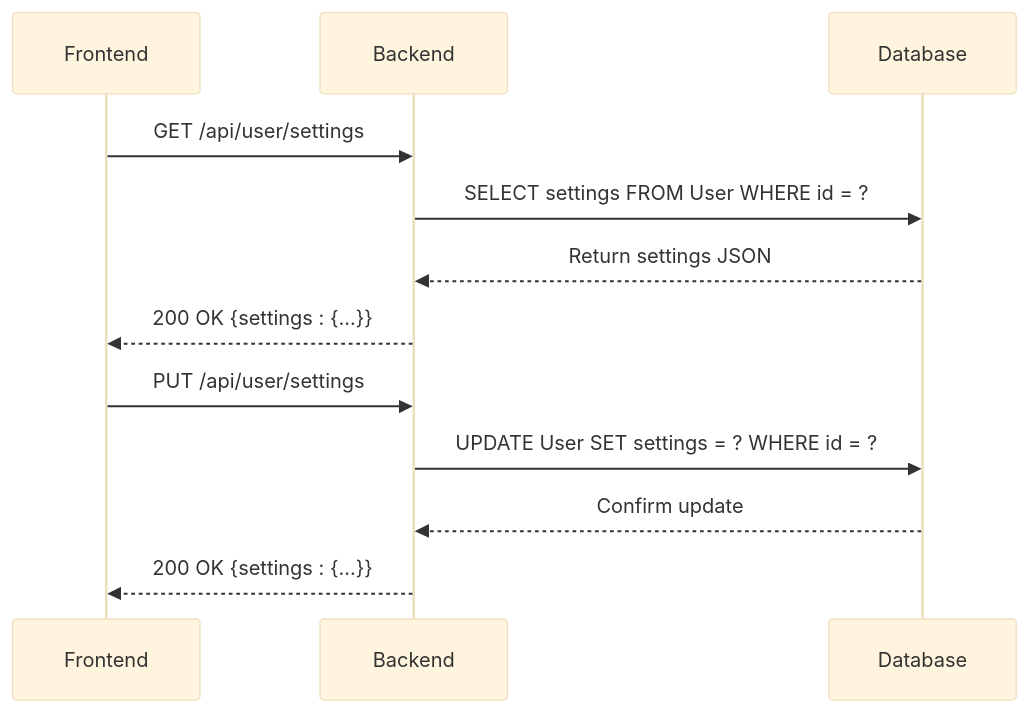
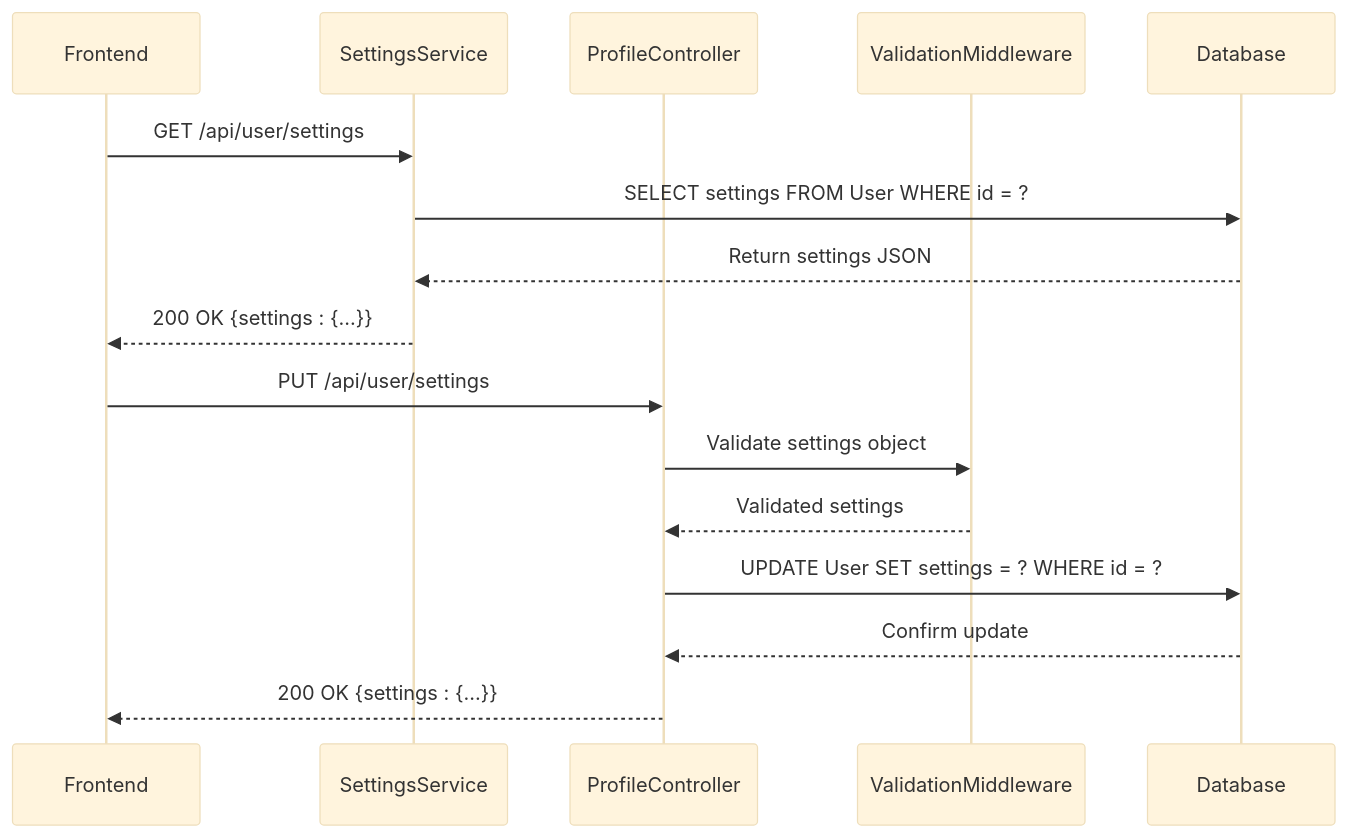
The first of 3 diagrams in .qoder/repowiki/en/content/Authentication & User Management/User Settings & Preferences.md (Brimstow/ThumPiks), drawn with Mermaid (base theme) before and after one commit. The commit also changed other lines of this file and 900 other files, not shown here.

````diff
--- a/.qoder/repowiki/en/content/Authentication & User Management/User Settings & Preferences.md
+++ b/.qoder/repowiki/en/content/Authentication & User Management/User Settings & Preferences.md
@@ -29,14 +40,18 @@
 ```mermaid
 sequenceDiagram
 participant Frontend
-participant Backend
+participant SettingsService
+participant ProfileController
+participant ValidationMiddleware
 participant Database
-Frontend->>Backend : GET /api/user/settings
-Backend->>Database : SELECT settings FROM User WHERE id = ?
-Database-->>Backend : Return settings JSON
-Backend-->>Frontend : 200 OK {settings : {...}}
-Frontend->>Backend : PUT /api/user/settings
-Backend->>Database : UPDATE User SET settings = ? WHERE id = ?
-Database-->>Backend : Confirm update
-Backend-->>Frontend : 200 OK {settings : {...}}
+Frontend->>SettingsService : GET /api/user/settings
+SettingsService->>Database : SELECT settings FROM User WHERE id = ?
+Database-->>SettingsService : Return settings JSON
+SettingsService-->>Frontend : 200 OK {settings : {...}}
+Frontend->>ProfileController : PUT /api/user/settings
+ProfileController->>ValidationMiddleware : Validate settings object
+ValidationMiddleware-->>ProfileController : Validated settings
+ProfileController->>Database : UPDATE User SET settings = ? WHERE id = ?
+Database-->>ProfileController : Confirm update
+ProfileController-->>Frontend : 200 OK {settings : {...}}
 ```
````
